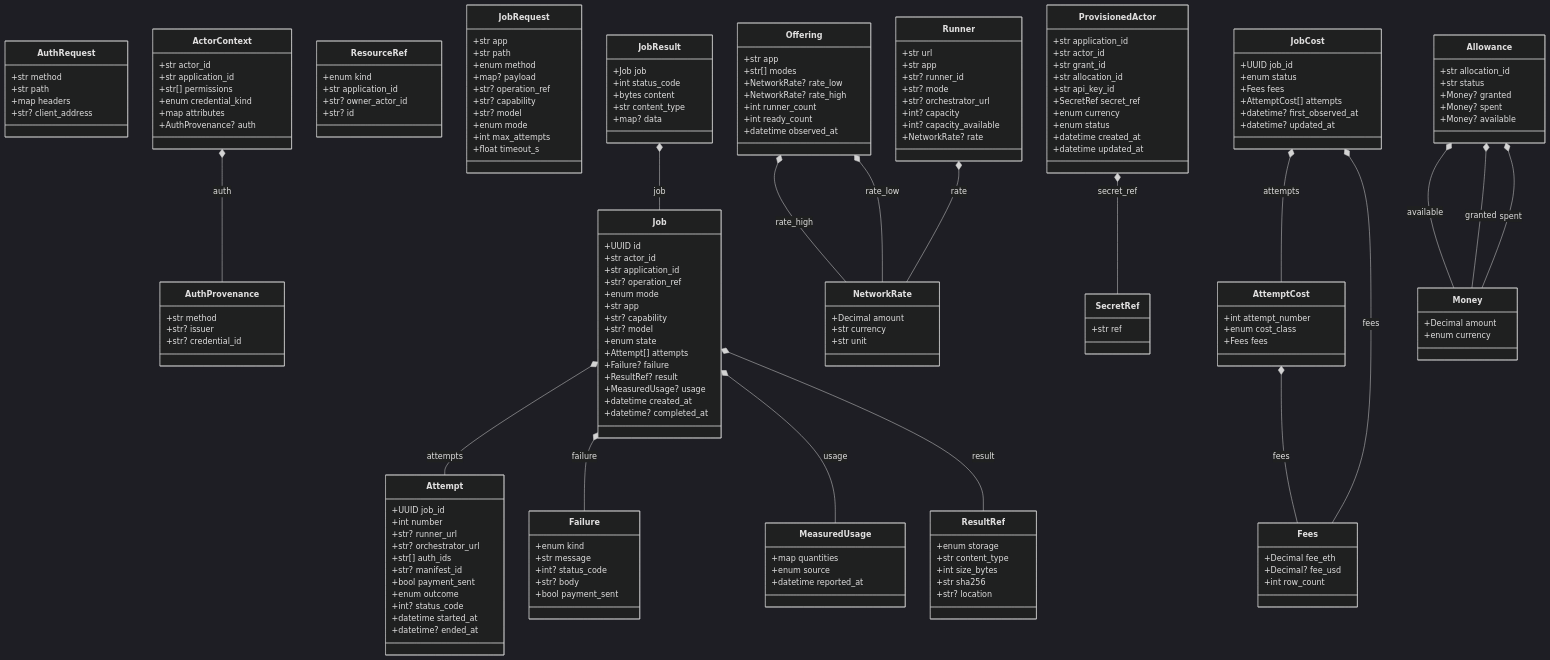
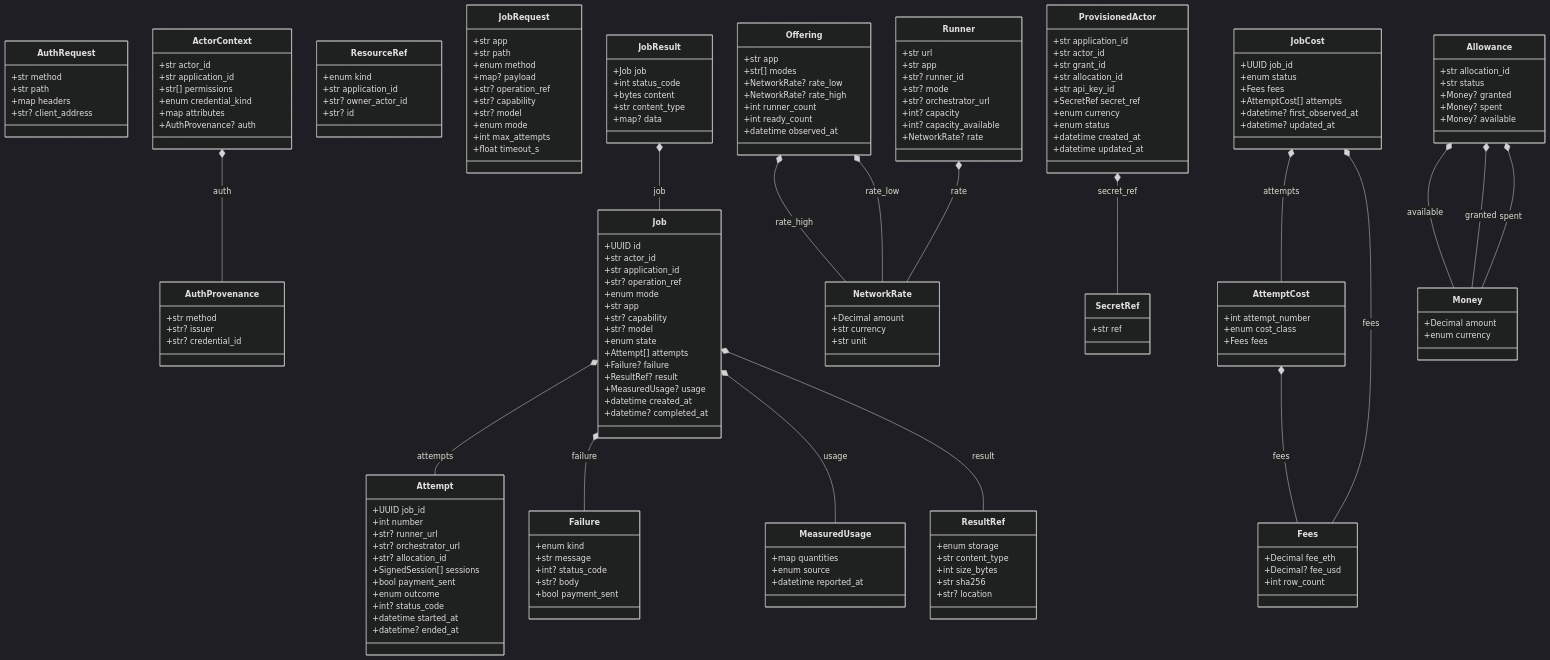
Before and after one commit to NE-Build-Track/livepeer-builder-core: the diagram in docs/generated/contracts.md, drawn with Mermaid (dark theme). The commit also changed 49 other files, not shown here.

```diff
--- a/docs/generated/contracts.md
+++ b/docs/generated/contracts.md
@@ -65,8 +65,8 @@
         +int number
         +str? runner_url
         +str? orchestrator_url
-        +str[] auth_ids
-        +str? manifest_id
+        +str? allocation_id
+        +SignedSession[] sessions
         +bool payment_sent
         +enum outcome
         +int? status_code
```
